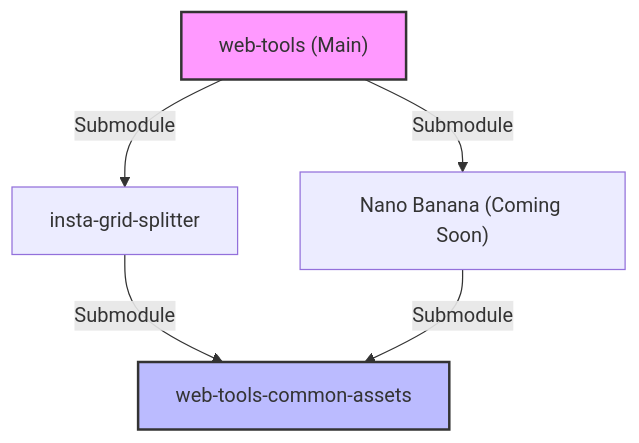
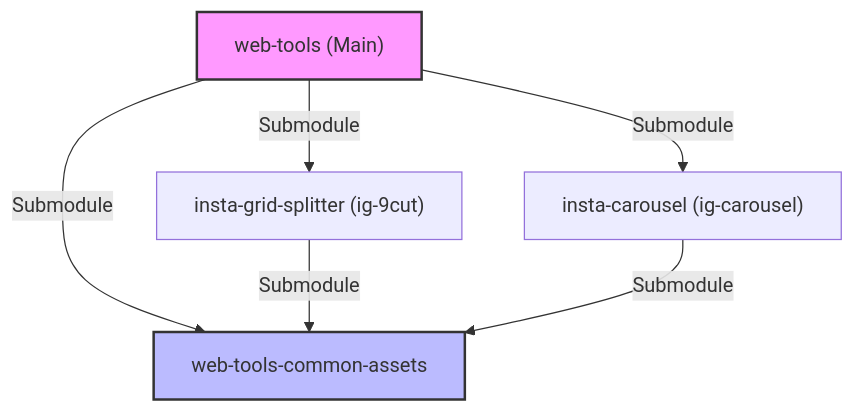
The diagram in README.md (spencer0124/web-tools), drawn with Mermaid before and after one commit. The commit also changed other lines of this file and 4 other files, not shown here.

Commit message:
feat: Redesign landing page with Toss UI and add common-assets

````diff
--- a/README.md
+++ b/README.md
@@ -23,11 +23,12 @@
 ```mermaid
 graph TD
-    Hub["web-tools (Main)"] -->|Submodule| Tool1["insta-grid-splitter"]
-    Hub -->|Submodule| Tool2["Nano Banana (Coming Soon)"]
+    Hub["web-tools (Main)"] -->|Submodule| Tool1["insta-grid-splitter (ig-9cut)"]
+    Hub -->|Submodule| Tool2["insta-carousel (ig-carousel)"]
+    Hub -->|Submodule| Assets["web-tools-common-assets"]
     
-    Tool1 -->|Submodule| Assets["web-tools-common-assets"]
+    Tool1 -->|Submodule| Assets
     Tool2 -->|Submodule| Assets
     
     style Hub fill:#f9f,stroke:#333,stroke-width:2px
     style Assets fill:#bbf,stroke:#333,stroke-width:2px
 ```
````
